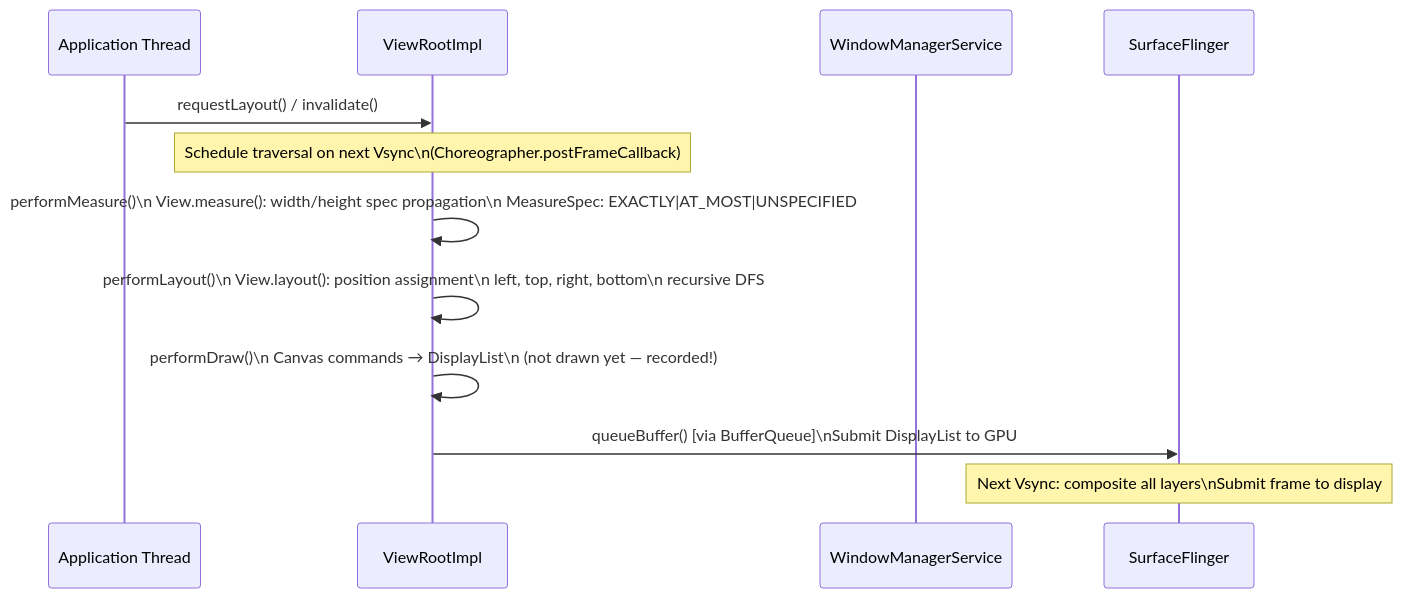
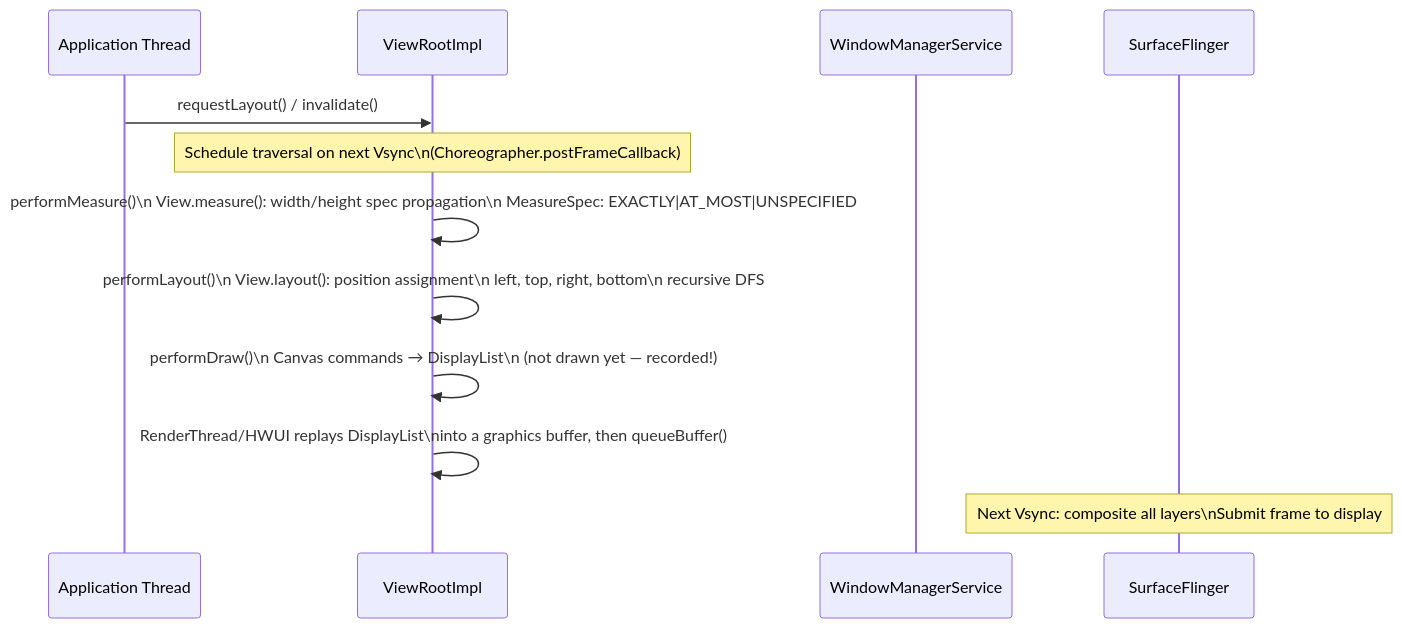
One commit to choisimo/document changed the sixth of 19 diagrams in content/docs/books/cs-reference/ko/mobile-android-internals.md. Above: the diagram before and after it, drawn with Mermaid. The commit also changed other lines of this file and 504 other files, not shown here.

````diff
--- a/content/docs/books/cs-reference/ko/mobile-android-internals.md
+++ b/content/docs/books/cs-reference/ko/mobile-android-internals.md
@@ -108,15 +110,15 @@
 ```mermaid
 sequenceDiagram
     participant APP as Application Thread
     participant VT as ViewRootImpl
     participant WMS as WindowManagerService
     participant SF as SurfaceFlinger
 
     APP->>VT: requestLayout() / invalidate()
     Note over VT: Schedule traversal on next Vsync\n(Choreographer.postFrameCallback)
     VT->>VT: performMeasure()\n  View.measure(): width/height spec propagation\n  MeasureSpec: EXACTLY|AT_MOST|UNSPECIFIED
     VT->>VT: performLayout()\n  View.layout(): position assignment\n  left, top, right, bottom\n  recursive DFS
     VT->>VT: performDraw()\n  Canvas commands → DisplayList\n  (not drawn yet — recorded!)
-    VT->>SF: queueBuffer() [via BufferQueue]\nSubmit DisplayList to GPU
+    VT->>VT: RenderThread/HWUI replays DisplayList\ninto a graphics buffer, then queueBuffer()
     Note over SF: Next Vsync: composite all layers\nSubmit frame to display
 ```
````
